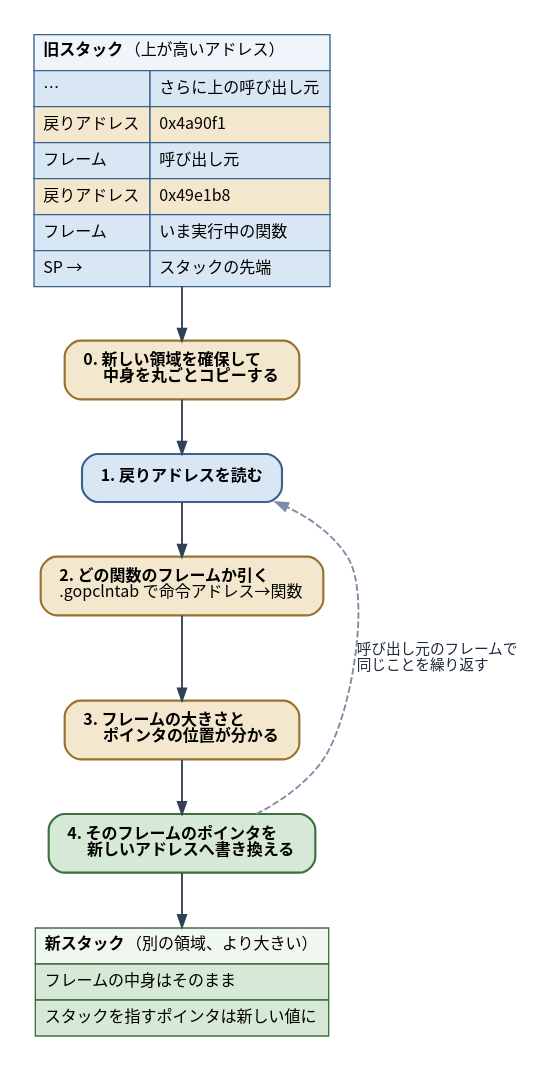
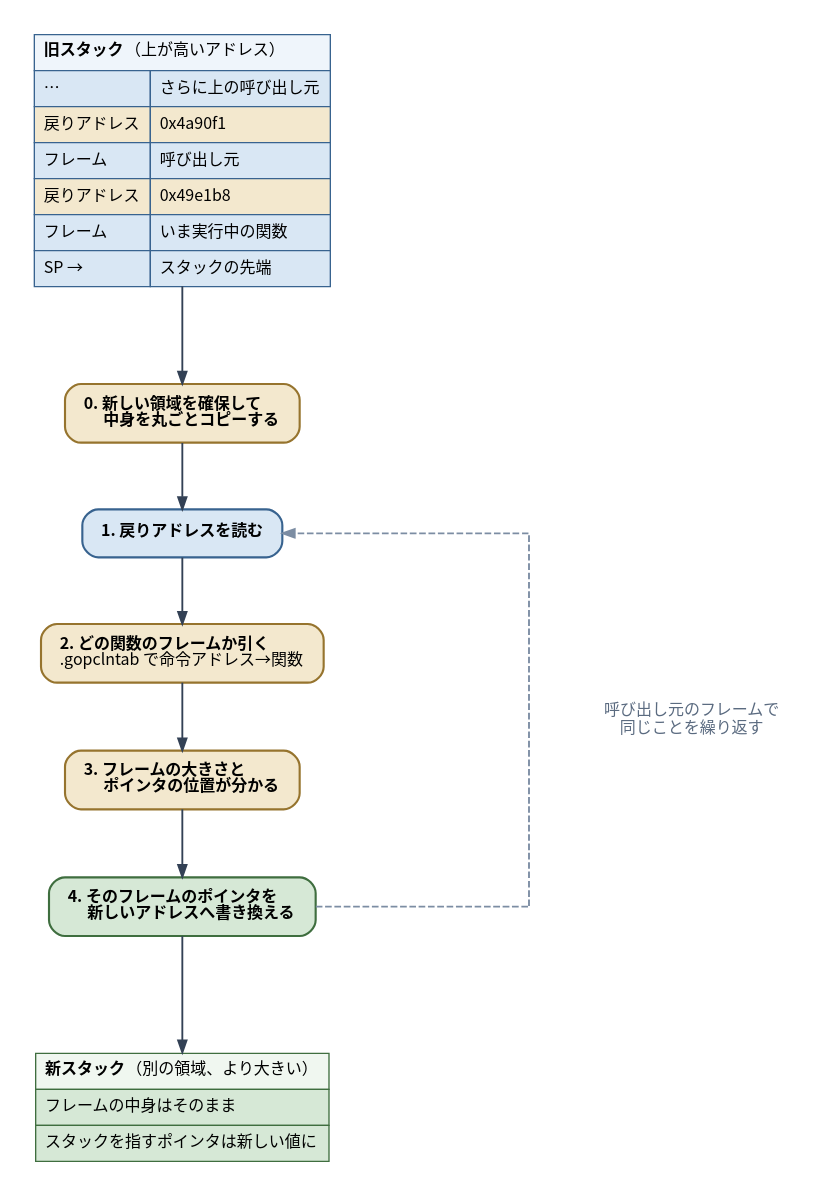
Before and after one commit to ymotongpoo/zenn.dev: the diagram in diagrams/go-ebpf-primer/20260820-stack-walk.dot, drawn with Graphviz. The commit also changed 98 other files, not shown here.

First line of the commit message:
図版の線を水平垂直の直線に統一し、角の隙間を埋める後処理を追加した

```diff
--- a/diagrams/go-ebpf-primer/20260820-stack-walk.dot
+++ b/diagrams/go-ebpf-primer/20260820-stack-walk.dot
@@ -1,56 +1,61 @@
-// スタックを移すときの1フレームずつの走査
+// ランタイムがスタックを辿る手順
 digraph stack_walk {
   graph [
+    layout=neato, inputscale=72, splines=line,
     fontname="Harano Aji Gothic,Noto Sans CJK JP,IPAGothic", fontsize=13,
-    rankdir=TB, compound=true, splines=true,
-    nodesep=0.5, ranksep=0.55, pad=0.25,
-    bgcolor="white", newrank=true
+    bgcolor="white", pad=0.25
   ];
   node [
     fontname="Harano Aji Gothic,Noto Sans CJK JP,IPAGothic", fontsize=12,
     shape=box, style="rounded,filled",
     fillcolor="#F1F5F9", color="#475569", penwidth=1.6,
     margin="0.2,0.14"
   ];
   edge [
     fontname="Harano Aji Gothic,Noto Sans CJK JP,IPAGothic", fontsize=11,
     color="#334155", penwidth=1.4, arrowsize=0.9,
     fontcolor="#1E293B"
   ];
 
-  old [shape=plain, style="", label=<
+  old [pos="300,880!", shape=plain, style="", label=<
     <table border="0" cellborder="1" cellspacing="0" cellpadding="6" color="#38638F">
       <tr><td colspan="2" align="left" bgcolor="#EFF5FB"><b>旧スタック</b>（上が高いアドレス）</td></tr>
       <tr><td align="left" bgcolor="#D9E7F4">…</td><td align="left" bgcolor="#D9E7F4">さらに上の呼び出し元</td></tr>
       <tr><td align="left" bgcolor="#F3E8CE">戻りアドレス</td><td align="left" bgcolor="#F3E8CE">0x4a90f1</td></tr>
       <tr><td align="left" bgcolor="#D9E7F4">フレーム</td><td align="left" bgcolor="#D9E7F4">呼び出し元</td></tr>
       <tr><td align="left" bgcolor="#F3E8CE">戻りアドレス</td><td align="left" bgcolor="#F3E8CE">0x49e1b8</td></tr>
       <tr><td align="left" bgcolor="#D9E7F4">フレーム</td><td align="left" bgcolor="#D9E7F4">いま実行中の関数</td></tr>
       <tr><td align="left" bgcolor="#D9E7F4">SP →</td><td align="left" bgcolor="#D9E7F4">スタックの先端</td></tr>
     </table>>];
 
-  move [label=<<b>0. 新しい領域を確保して</b><br align="left"/><b>　 中身を丸ごとコピーする</b><br align="left"/>>,
+  move [pos="300,690!", label=<<b>0. 新しい領域を確保して</b><br align="left"/><b>　 中身を丸ごとコピーする</b><br align="left"/>>,
         fillcolor="#F3E8CE", color="#96742E"];
-  read [label=<<b>1. 戻りアドレスを読む</b>>, fillcolor="#D9E7F4", color="#38638F"];
-  lookup [label=<<b>2. どの関数のフレームか引く</b><br align="left"/>.gopclntab で命令アドレス→関数<br align="left"/>>,
+  read [pos="300,600!", label=<<b>1. 戻りアドレスを読む</b>>, fillcolor="#D9E7F4", color="#38638F"];
+  lookup [pos="300,510!", label=<<b>2. どの関数のフレームか引く</b><br align="left"/>.gopclntab で命令アドレス→関数<br align="left"/>>,
           fillcolor="#F3E8CE", color="#96742E"];
-  info [label=<<b>3. フレームの大きさと</b><br align="left"/><b>　 ポインタの位置が分かる</b><br align="left"/>>,
+  info [pos="300,415!", label=<<b>3. フレームの大きさと</b><br align="left"/><b>　 ポインタの位置が分かる</b><br align="left"/>>,
         fillcolor="#F3E8CE", color="#96742E"];
-  copy [label=<<b>4. そのフレームのポインタを</b><br align="left"/><b>　 新しいアドレスへ書き換える</b><br align="left"/>>,
+  copy [pos="300,320!", label=<<b>4. そのフレームのポインタを</b><br align="left"/><b>　 新しいアドレスへ書き換える</b><br align="left"/>>,
         fillcolor="#D6E8D6", color="#3F6E3F"];
 
-  new [shape=plain, style="", label=<
+  new [pos="300,170!", shape=plain, style="", label=<
     <table border="0" cellborder="1" cellspacing="0" cellpadding="6" color="#3F6E3F">
       <tr><td align="left" bgcolor="#F0F7F0"><b>新スタック</b>（別の領域、より大きい）</td></tr>
       <tr><td align="left" bgcolor="#D6E8D6">フレームの中身はそのまま</td></tr>
       <tr><td align="left" bgcolor="#D6E8D6">スタックを指すポインタは新しい値に</td></tr>
     </table>>];
+
+  w1 [pos="560,320!", shape=point, width=0.01, style=invis];
+  w2 [pos="560,600!", shape=point, width=0.01, style=invis];
+  Lloop [pos="682,460!", shape=plaintext, style="", label="呼び出し元のフレームで\n同じことを繰り返す", fontcolor="#5B6B80"];
 
   old -> move;
   move -> read;
   read -> lookup;
   lookup -> info;
   info -> copy;
   copy -> new;
-  copy -> read [label=" 呼び出し元のフレームで\l 同じことを繰り返す\l", style=dashed, color="#7C8DA3", constraint=false];
+  copy -> w1 [dir=none, style=dashed, color="#7C8DA3"];
+  w1 -> w2 [dir=none, style=dashed, color="#7C8DA3"];
+  w2 -> read [style=dashed, color="#7C8DA3"];
 }
```
